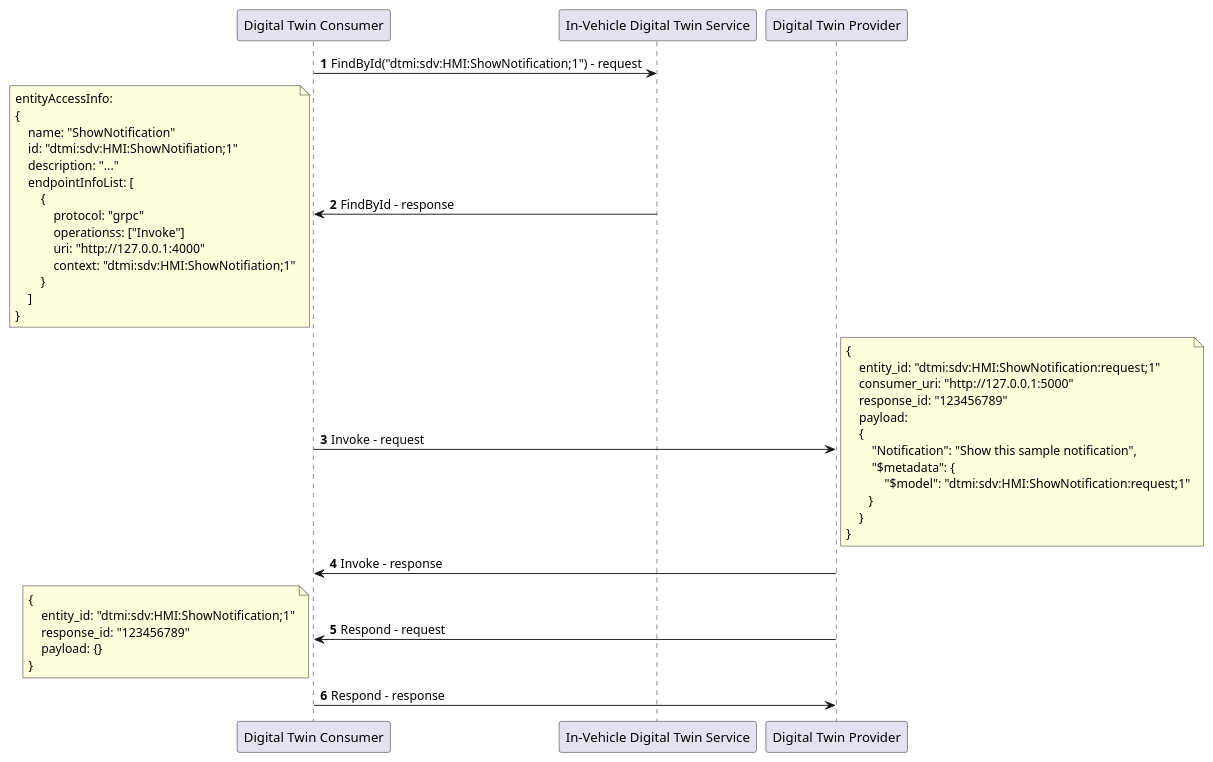
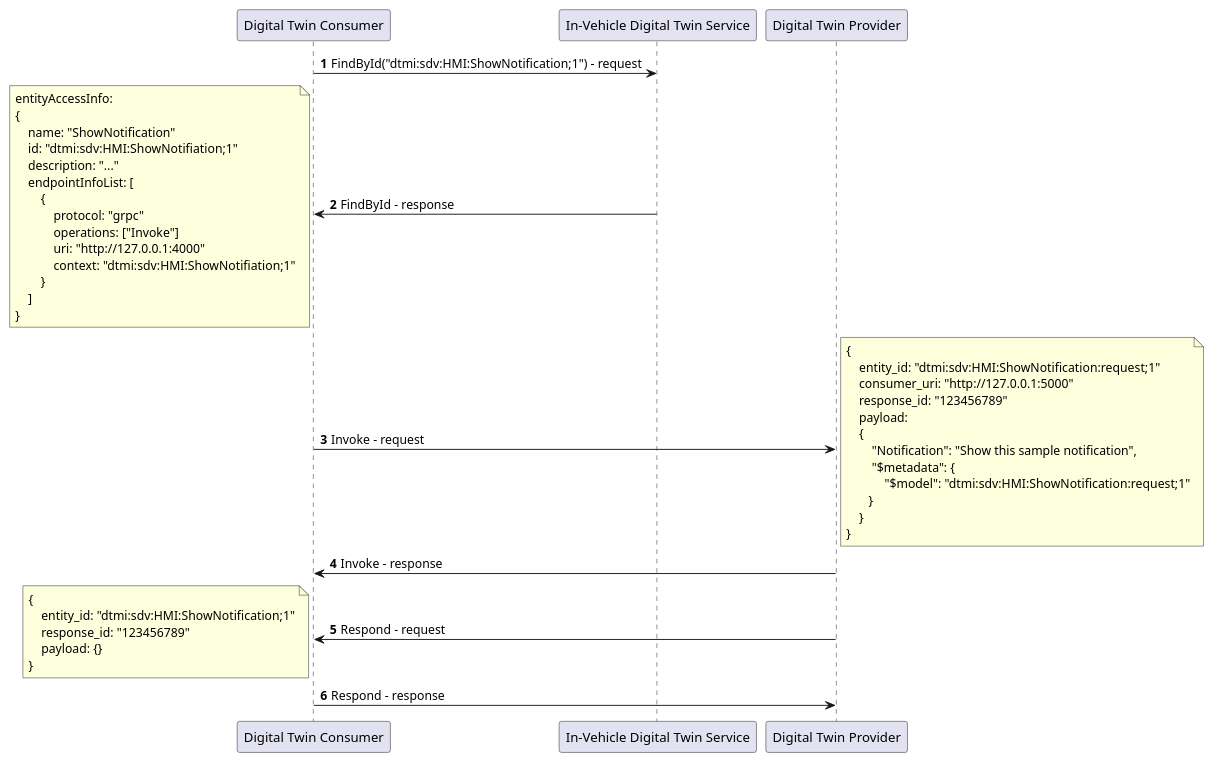
One commit to eclipse-ibeji/ibeji changed the diagram in docs/design/diagrams/invoke_sequence.puml. Above: the diagram before and after it, drawn with PlantUML. The commit also changed 7 other files, not shown here.

```diff
--- a/docs/design/diagrams/invoke_sequence.puml
+++ b/docs/design/diagrams/invoke_sequence.puml
@@ -1,53 +1,53 @@
 @startuml
 
 autonumber
 
 "Digital Twin Consumer" -> "In-Vehicle Digital Twin Service" : FindById("dtmi:sdv:HMI:ShowNotification;1") - request
 "Digital Twin Consumer" <- "In-Vehicle Digital Twin Service" : FindById - response
 note left
 entityAccessInfo:
 {
     name: "ShowNotification"
     id: "dtmi:sdv:HMI:ShowNotifiation;1"
     description: "..."
     endpointInfoList: [
         {
             protocol: "grpc"
-            operationss: ["Invoke"]
+            operations: ["Invoke"]
             uri: "http://127.0.0.1:4000"
             context: "dtmi:sdv:HMI:ShowNotifiation;1"
         }
     ]
 }
 end note
 
 "Digital Twin Consumer" -> "Digital Twin Provider" : Invoke - request
 note right
 {
     entity_id: "dtmi:sdv:HMI:ShowNotification:request;1"
     consumer_uri: "http://127.0.0.1:5000"
     response_id: "123456789"
     payload:
     {
         "Notification": "Show this sample notification",
         "$metadata": {
             "$model": "dtmi:sdv:HMI:ShowNotification:request;1"
        }
     }
 }
 end note
 
 "Digital Twin Consumer" <- "Digital Twin Provider" : Invoke - response
 
 "Digital Twin Consumer" <- "Digital Twin Provider" : Respond - request
 note left
 {
     entity_id: "dtmi:sdv:HMI:ShowNotification;1"
     response_id: "123456789"
     payload: {}
 }
 end note
 
 "Digital Twin Consumer" -> "Digital Twin Provider" : Respond - response
 
 @enduml
```
